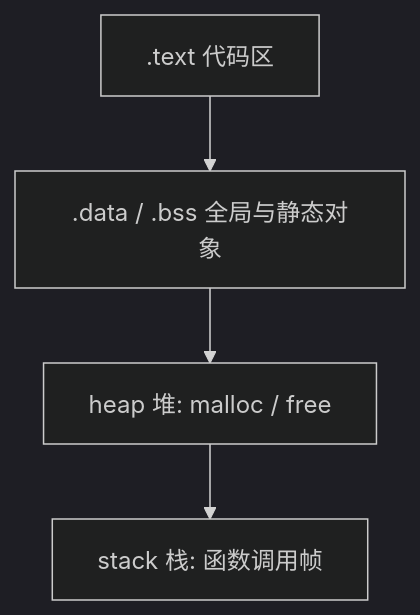
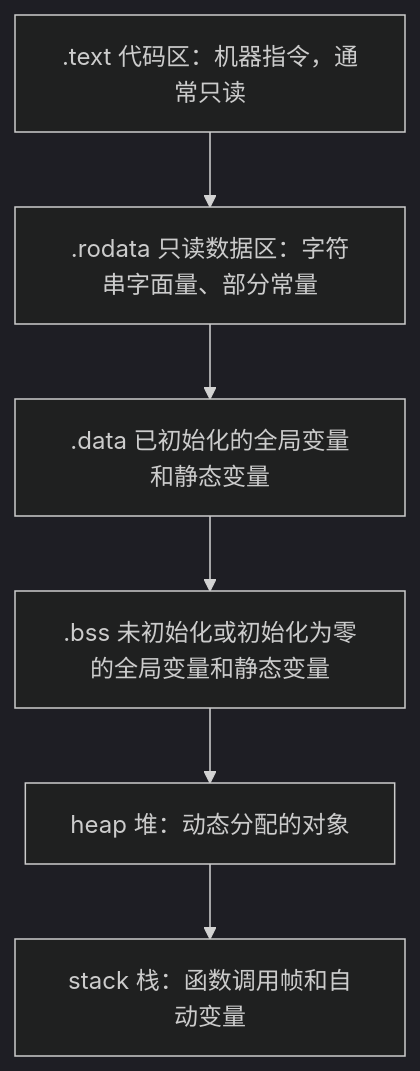
Before and after one commit to shanchuann/TheGitbookLibrary: the first of 2 diagrams in C语言圣经/scope-lifetime.md, drawn with Mermaid (dark theme). The commit also changed other lines of this file and 3 other files, not shown here.

````diff
--- a/C语言圣经/scope-lifetime.md
+++ b/C语言圣经/scope-lifetime.md
@@ -10,6 +12,8 @@
 ```mermaid
 flowchart TD
-    T[.text 代码区] --> D[.data / .bss 全局与静态对象]
-    D --> H[heap 堆: malloc / free]
-    H --> S[stack 栈: 函数调用帧]
+    T[".text 代码区：机器指令，通常只读"] --> R[".rodata 只读数据区：字符串字面量、部分常量"]
+    R --> D[".data 已初始化的全局变量和静态变量"]
+    D --> B[".bss 未初始化或初始化为零的全局变量和静态变量"]
+    B --> H["heap 堆：动态分配的对象"]
+    H --> S["stack 栈：函数调用帧和自动变量"]
 ```
````
